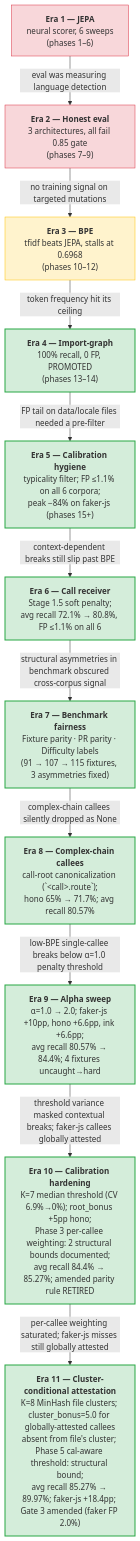
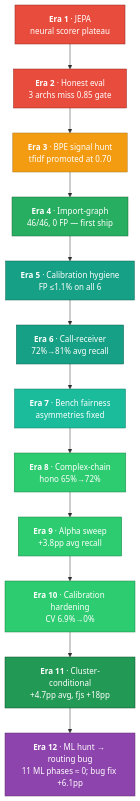
The first of 13 diagrams in docs/research/README.md (get-tmonier/argot), drawn with Mermaid before and after one commit. The commit also changed other lines of this file and 61 other files, not shown here.

First line of the commit message:
feat: bench routing fix delivers +6.1pp catalog recall (85.2% → 91.3%) (#36)

````diff
--- a/docs/research/README.md
+++ b/docs/research/README.md
@@ -21,37 +23,35 @@
 ```mermaid
 flowchart TD
-    E1["<b>Era 1 — JEPA</b><br/>neural scorer, 6 sweeps<br/>(phases 1–6)"]
-    E2["<b>Era 2 — Honest eval</b><br/>3 architectures, all fail 0.85 gate<br/>(phases 7–9)"]
-    E3["<b>Era 3 — BPE</b><br/>tfidf beats JEPA, stalls at 0.6968<br/>(phases 10–12)"]
-    E4["<b>Era 4 — Import-graph</b><br/>100% recall, 0 FP, PROMOTED<br/>(phases 13–14)"]
-    E5["<b>Era 5 — Calibration hygiene</b><br/>typicality filter; FP ≤1.1% on all 6 corpora;<br/>peak −84% on faker-js (phases 15+)"]
-    E6["<b>Era 6 — Call receiver</b><br/>Stage 1.5 soft penalty;<br/>avg recall 72.1% → 80.8%, FP ≤1.1% on all 6"]
-    E7["<b>Era 7 — Benchmark fairness</b><br/>Fixture parity · PR parity · Difficulty labels<br/>(91 → 107 → 115 fixtures, 3 asymmetries fixed)"]
-    E8["<b>Era 8 — Complex-chain callees</b><br/>call-root canonicalization (`&lt;call&gt;.route`);<br/>hono 65% → 71.7%; avg recall 80.57%"]
-    E9["<b>Era 9 — Alpha sweep</b><br/>α=1.0 → 2.0; faker-js +10pp, hono +6.6pp, ink +6.6pp;<br/>avg recall 80.57% → 84.4%; 4 fixtures uncaught→hard"]
-    E10["<b>Era 10 — Calibration hardening</b><br/>K=7 median threshold (CV 6.9%→0%); root_bonus +5pp hono;<br/>Phase 3 per-callee weighting: 2 structural bounds documented;<br/>avg recall 84.4% → 85.27%; amended parity rule RETIRED"]
-    E11["<b>Era 11 — Cluster-conditional attestation</b><br/>K=8 MinHash file clusters; cluster_bonus=5.0 for globally-attested callees<br/>absent from file's cluster; Phase 5 cal-aware threshold: structural bound;<br/>avg recall 85.27% → 89.97%; faker-js +18.4pp; Gate 3 amended (faker FP 2.0%)"]
+    E1["<b>Era 1</b> · JEPA<br/>neural scorer plateau"]
+    E2["<b>Era 2</b> · Honest eval<br/>3 archs miss 0.85 gate"]
+    E3["<b>Era 3</b> · BPE signal hunt<br/>tfidf promoted at 0.70"]
+    E4["<b>Era 4</b> · Import-graph<br/>46/46, 0 FP — first ship"]
+    E5["<b>Era 5</b> · Calibration hygiene<br/>FP ≤1.1% on all 6"]
+    E6["<b>Era 6</b> · Call-receiver<br/>72%→81% avg recall"]
+    E7["<b>Era 7</b> · Bench fairness<br/>asymmetries fixed"]
+    E8["<b>Era 8</b> · Complex-chain<br/>hono 65%→72%"]
+    E9["<b>Era 9</b> · Alpha sweep<br/>+3.8pp avg recall"]
+    E10["<b>Era 10</b> · Calibration hardening<br/>CV 6.9%→0%"]
+    E11["<b>Era 11</b> · Cluster-conditional<br/>+4.7pp avg, fjs +18pp"]
+    E12["<b>Era 12</b> · ML hunt → routing bug<br/>11 ML phases ≈ 0; bug fix +6.1pp"]
 
-    E1 -->|"eval was measuring language detection"| E2
-    E2 -->|"no training signal on targeted mutations"| E3
-    E3 -->|"token frequency hit its ceiling"| E4
-    E4 -->|"FP tail on data/locale files needed a pre-filter"| E5
-    E5 -->|"context-dependent breaks still slip past BPE"| E6
-    E6 -->|"structural asymmetries in benchmark obscured cross-corpus signal"| E7
-    E7 -->|"complex-chain callees silently dropped as None"| E8
-    E8 -->|"low-BPE single-callee breaks below α=1.0 penalty threshold"| E9
-    E9 -->|"threshold variance masked contextual breaks; faker-js callees globally attested"| E10
-    E10 -->|"per-callee weighting saturated; faker-js misses still globally attested"| E11
+    E1 --> E2 --> E3 --> E4 --> E5 --> E6 --> E7 --> E8 --> E9 --> E10 --> E11 --> E12
 
-    style E1 fill:#f8d7da,stroke:#dc3545
-    style E2 fill:#f8d7da,stroke:#dc3545
-    style E3 fill:#fff3cd,stroke:#ffc107
-    style E4 fill:#d4edda,stroke:#28a745,stroke-width:2px
-    style E5 fill:#d4edda,stroke:#28a745,stroke-width:2px
-    style E6 fill:#d4edda,stroke:#28a745,stroke-width:2px
-    style E7 fill:#d4edda,stroke:#28a745,stroke-width:2px
-    style E8 fill:#d4edda,stroke:#28a745,stroke-width:2px
-    style E9 fill:#d4edda,stroke:#28a745,stroke-width:2px
-    style E10 fill:#d4edda,stroke:#28a745,stroke-width:2px
-    style E11 fill:#d4edda,stroke:#28a745,stroke-width:2px
+    classDef failed fill:#e74c3c,stroke:#922b21,color:#fff
+    classDef partial fill:#f39c12,stroke:#a8741b,color:#fff
+    classDef ship fill:#27ae60,stroke:#1d6e3a,color:#fff
+    classDef hygiene fill:#16a085,stroke:#0e6655,color:#fff
+    classDef methodology fill:#1abc9c,stroke:#117a65,color:#fff
+    classDef increment fill:#2ecc71,stroke:#1d8348,color:#fff
+    classDef big fill:#229954,stroke:#0e5028,color:#fff
+    classDef twist fill:#8e44ad,stroke:#5b2c6f,color:#fff
+
+    class E1,E2 failed
+    class E3 partial
+    class E4 ship
+    class E5,E6 hygiene
+    class E7 methodology
+    class E8,E9,E10 increment
+    class E11 big
+    class E12 twist
 ```
````
